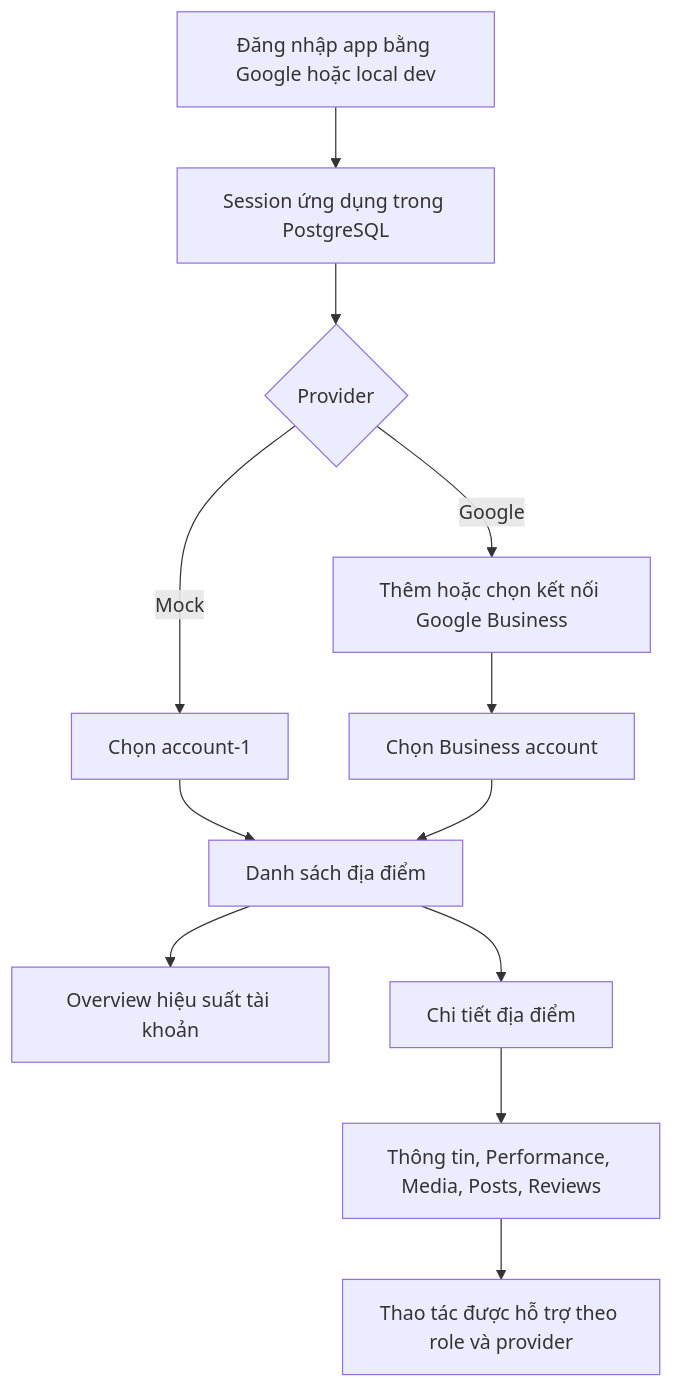
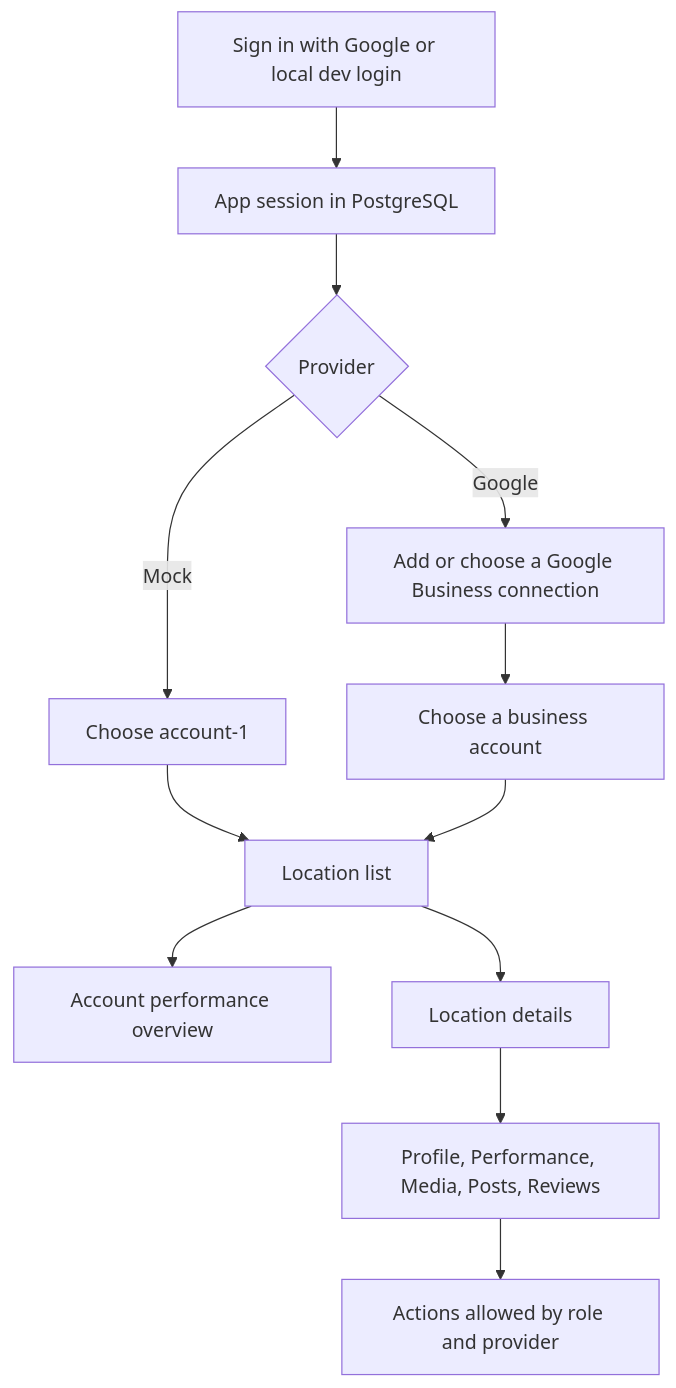
Before and after one commit to richiedoan/google-business-profile-manager: the first of 2 diagrams in README.md, drawn with Mermaid. The commit also changed other lines of this file, not shown here.

````diff
--- a/README.md
+++ b/README.md
@@ -71,14 +75,14 @@
 ```mermaid
 flowchart TD
-  A[Đăng nhập app bằng Google hoặc local dev] --> B[Session ứng dụng trong PostgreSQL]
+  A[Sign in with Google or local dev login] --> B[App session in PostgreSQL]
   B --> C{Provider}
-  C -->|Mock| D[Chọn account-1]
-  C -->|Google| E[Thêm hoặc chọn kết nối Google Business]
-  E --> F[Chọn Business account]
-  D --> G[Danh sách địa điểm]
+  C -->|Mock| D[Choose account-1]
+  C -->|Google| E[Add or choose a Google Business connection]
+  E --> F[Choose a business account]
+  D --> G[Location list]
   F --> G
-  G --> H[Overview hiệu suất tài khoản]
-  G --> I[Chi tiết địa điểm]
-  I --> J[Thông tin, Performance, Media, Posts, Reviews]
-  J --> K[Thao tác được hỗ trợ theo role và provider]
+  G --> H[Account performance overview]
+  G --> I[Location details]
+  I --> J[Profile, Performance, Media, Posts, Reviews]
+  J --> K[Actions allowed by role and provider]
 ```
````
